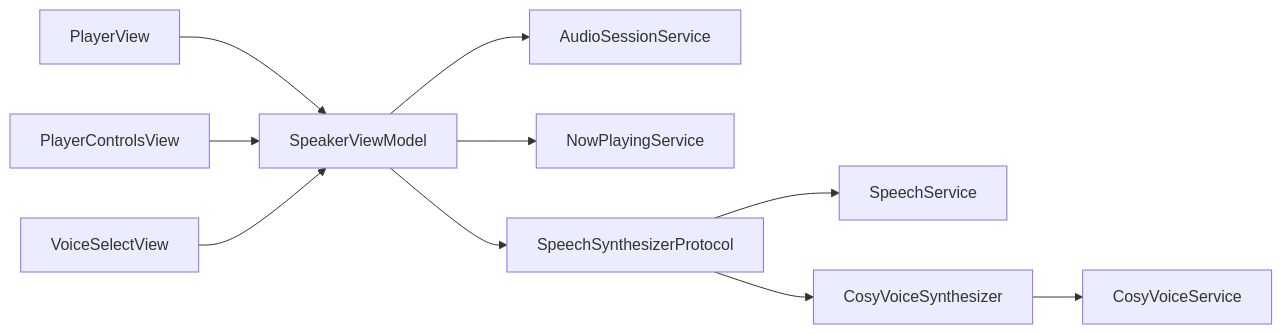
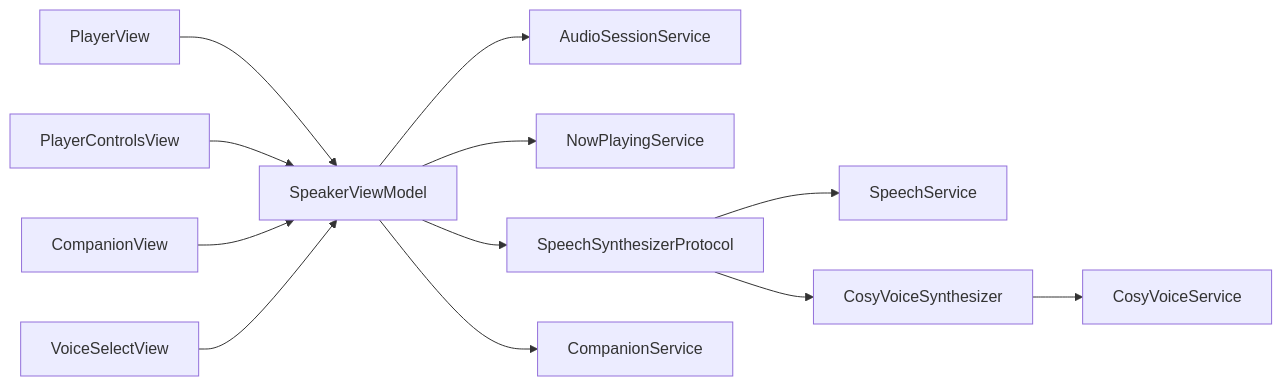
One commit to Primoguo/Knowledge changed the ninth of 9 diagrams in .qoder/repowiki/zh/content/用户界面设计/播放器界面.md. Above: the diagram before and after it, drawn with Mermaid. The commit also changed other lines of this file and 32 other files, not shown here.

````diff
--- a/.qoder/repowiki/zh/content/用户界面设计/播放器界面.md
+++ b/.qoder/repowiki/zh/content/用户界面设计/播放器界面.md
@@ -350,12 +484,14 @@
 ```mermaid
 graph LR
 PV["PlayerView"] --> SVM["SpeakerViewModel"]
 PCV["PlayerControlsView"] --> SVM
+CV["CompanionView"] --> SVM
 VSV["VoiceSelectView"] --> SVM
 SVM --> ASS["AudioSessionService"]
 SVM --> NPS["NowPlayingService"]
 SVM --> SSP["SpeechSynthesizerProtocol"]
+SVM --> CS["CompanionService"]
 SSP --> SS["SpeechService"]
 SSP --> CVS["CosyVoiceSynthesizer"]
 CVS --> CSV["CosyVoiceService"]
 ```
````
